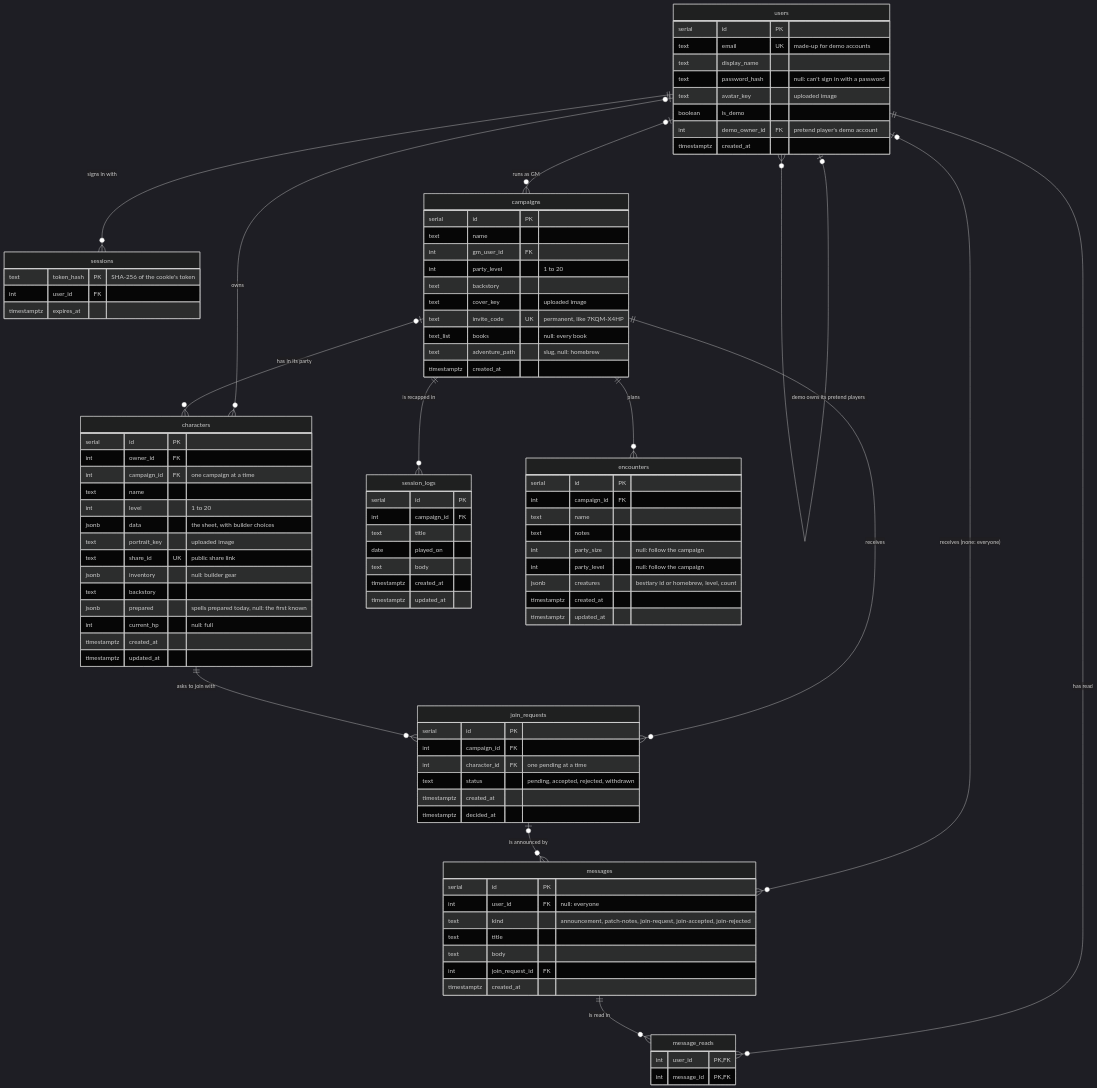
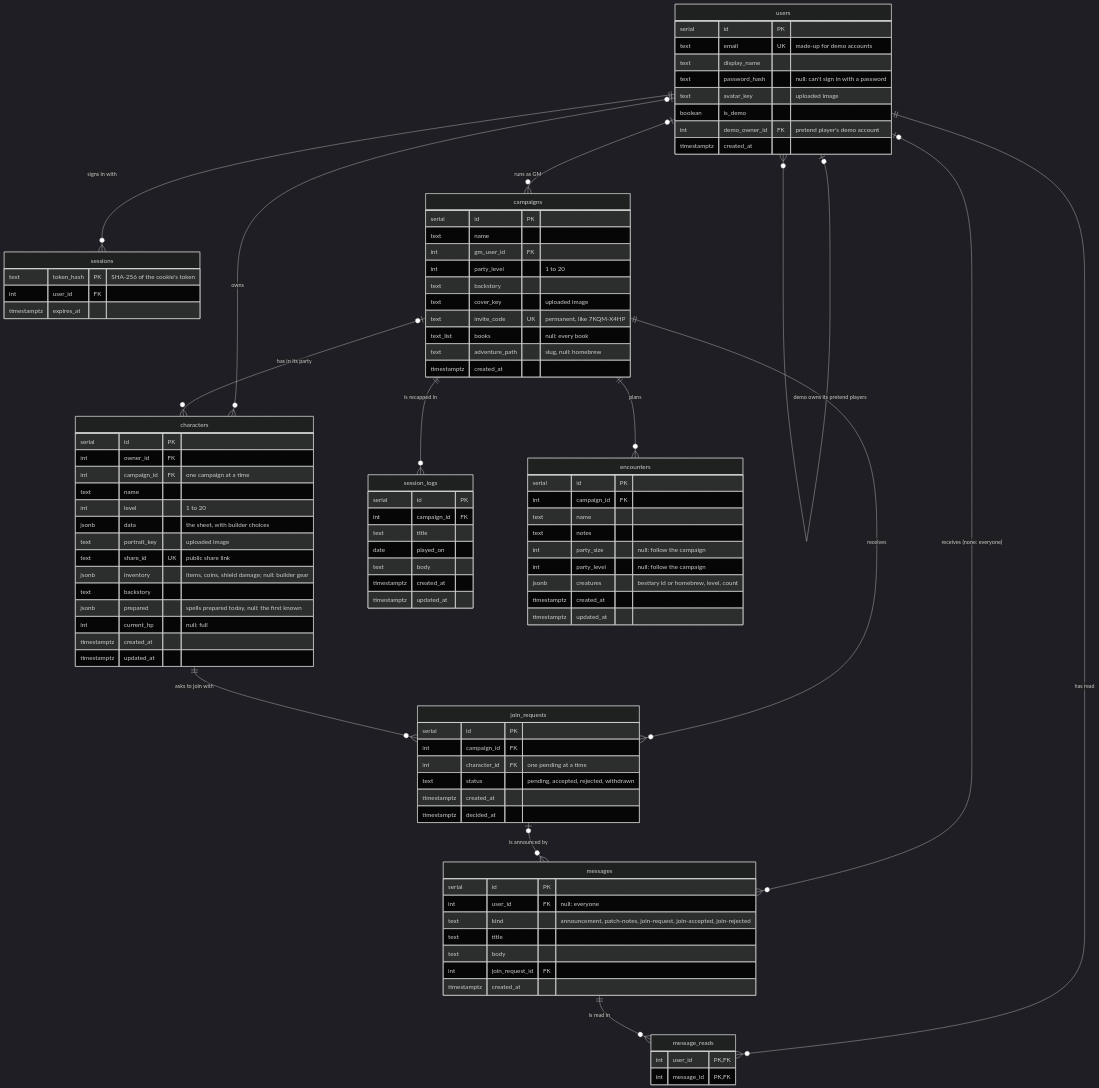
One commit to AnthonyCost/RollBound-Refresh changed the diagram in docs/database-schema.md. Above: the diagram before and after it, drawn with Mermaid (dark theme). The commit also changed other lines of this file and 1 other file, not shown here.

Commit message:
Updating database schema

```diff
--- a/docs/database-schema.md
+++ b/docs/database-schema.md
@@ -55,7 +55,7 @@
         jsonb data "the sheet, with builder choices"
         text portrait_key "uploaded image"
         text share_id UK "public share link"
-        jsonb inventory "null: builder gear"
+        jsonb inventory "items, coins, shield damage; null: builder gear"
         text backstory
         jsonb prepared "spells prepared today, null: the first known"
         int current_hp "null: full"
```
